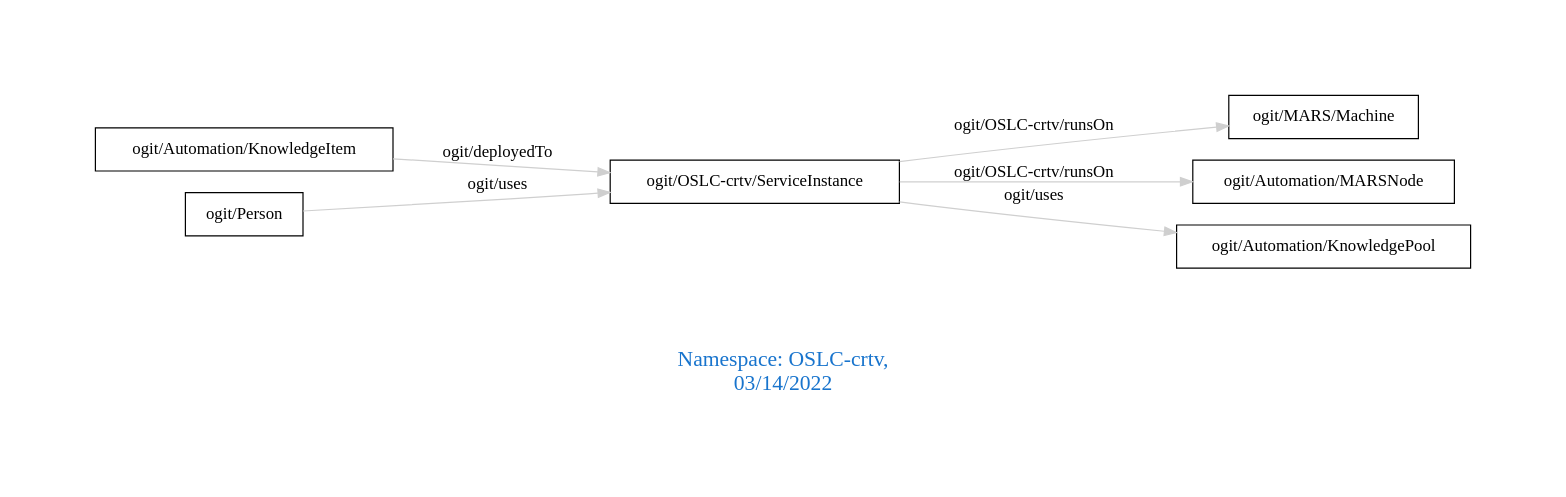
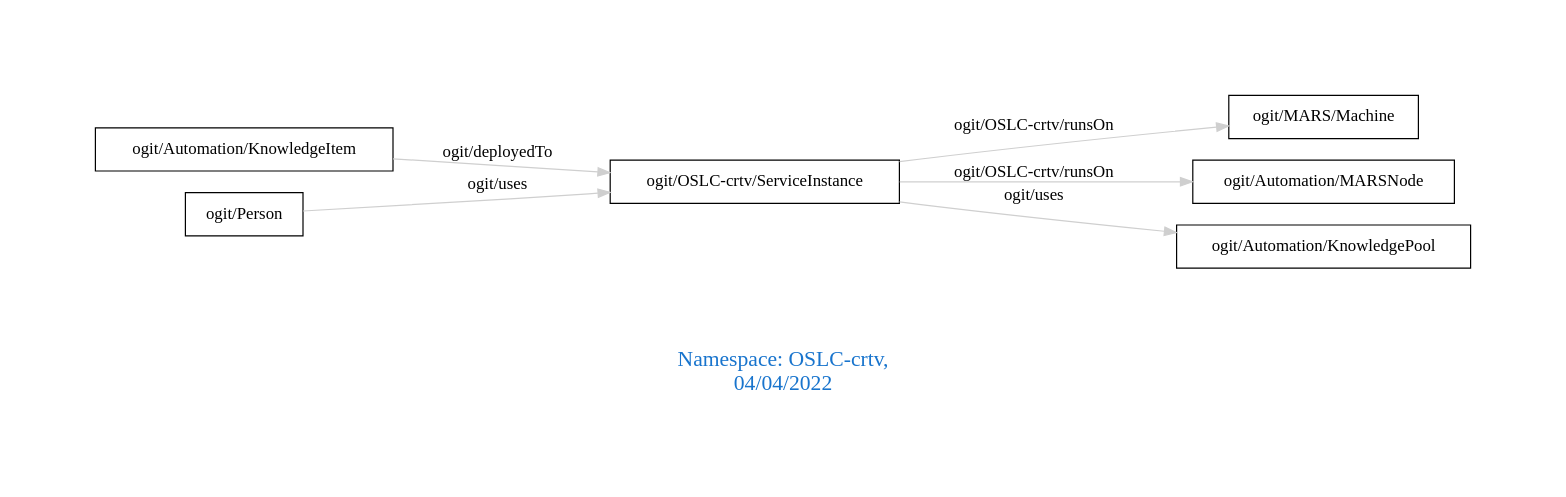
Before and after one commit to arago/OGIT: the diagram in downloads/OSLC-crtv.dot, drawn with Graphviz. The commit also changed 1906 other files, not shown here.

```diff
--- a/downloads/OSLC-crtv.dot
+++ b/downloads/OSLC-crtv.dot
@@ -1,13 +1,13 @@
 digraph OGIT_ontology {
  graph [ rankdir= LR,pad=1 
 fontsize = 18,
-fontcolor= dodgerblue3,label = "\n\n\nNamespace: OSLC-crtv, \n 03/14/2022"];
+fontcolor= dodgerblue3,label = "\n\n\nNamespace: OSLC-crtv, \n 04/04/2022"];
 node[shape=polygon];
 edge [  color="gray81"];
 
    "ogit/Automation/KnowledgeItem" -> "ogit/OSLC-crtv/ServiceInstance" [label="   ogit/deployedTo    "];
    "ogit/OSLC-crtv/ServiceInstance" -> "ogit/MARS/Machine" [label="   ogit/OSLC-crtv/runsOn    "];
    "ogit/OSLC-crtv/ServiceInstance" -> "ogit/Automation/MARSNode" [label="   ogit/OSLC-crtv/runsOn    "];
    "ogit/OSLC-crtv/ServiceInstance" -> "ogit/Automation/KnowledgePool" [label="   ogit/uses    "];
    "ogit/Person" -> "ogit/OSLC-crtv/ServiceInstance" [label="   ogit/uses    "];
 }
```
